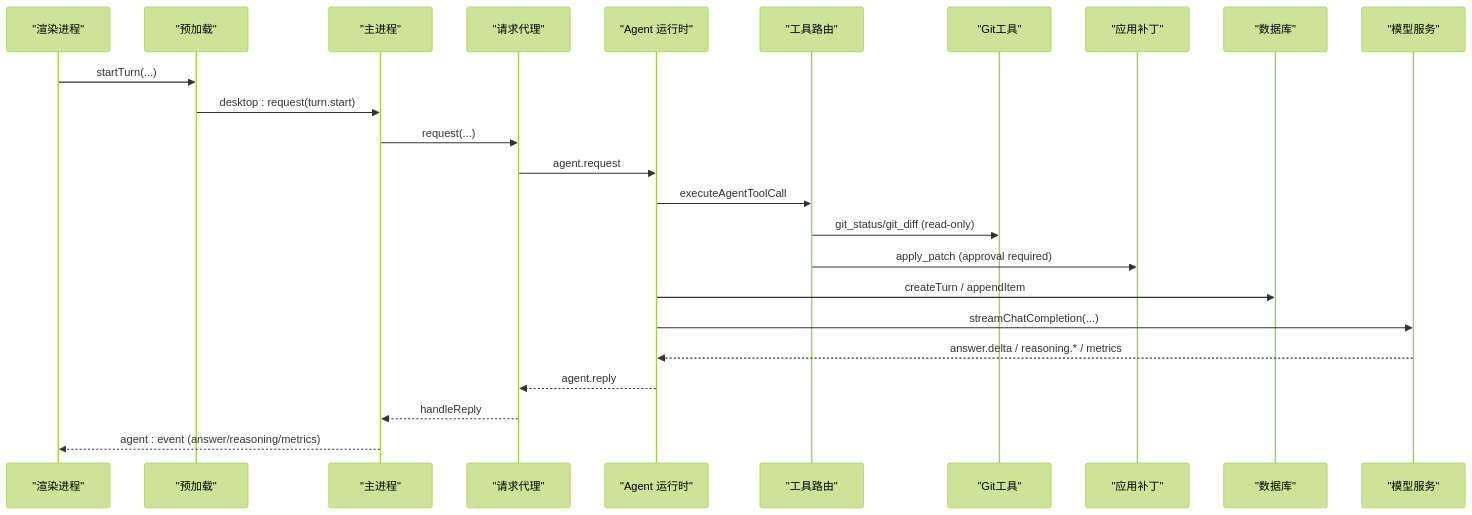
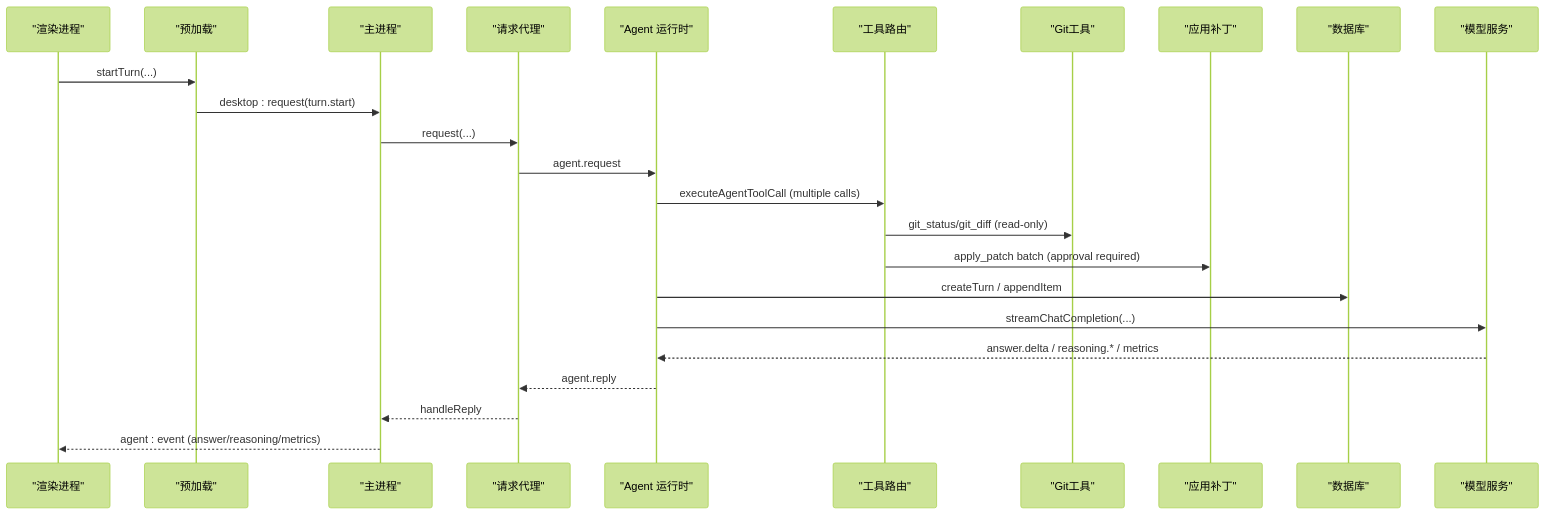
The second of 3 diagrams in .qoder/repowiki/zh/content/核心模块/AI代理系统/AI代理系统.md (dyx-9163/ai-aifar), drawn with Mermaid (forest theme) before and after one commit. The commit also changed other lines of this file and 37 other files, not shown here.

Commit message:
fix: repair malformed fenced tool JSON and steer unparseable calls instead of silent completion

````diff
--- a/.qoder/repowiki/zh/content/核心模块/AI代理系统/AI代理系统.md
+++ b/.qoder/repowiki/zh/content/核心模块/AI代理系统/AI代理系统.md
@@ -137,26 +142,26 @@
 ```mermaid
 sequenceDiagram
 participant UI as "渲染进程"
 participant PL as "预加载"
 participant MP as "主进程"
 participant BR as "请求代理"
 participant AG as "Agent 运行时"
 participant TR as "工具路由"
 participant GT as "Git工具"
 participant AP as "应用补丁"
 participant DB as "数据库"
 participant MOD as "模型服务"
 UI->>PL : startTurn(...)
 PL->>MP : desktop : request(turn.start)
 MP->>BR : request(...)
 BR->>AG : agent.request
-AG->>TR : executeAgentToolCall
+AG->>TR : executeAgentToolCall (multiple calls)
 TR->>GT : git_status/git_diff (read-only)
-TR->>AP : apply_patch (approval required)
+TR->>AP : apply_patch batch (approval required)
 AG->>DB : createTurn / appendItem
 AG->>MOD : streamChatCompletion(...)
 MOD-->>AG : answer.delta / reasoning.* / metrics
 AG-->>BR : agent.reply
 BR-->>MP : handleReply
 MP-->>UI : agent : event (answer/reasoning/metrics)
 ```
````
